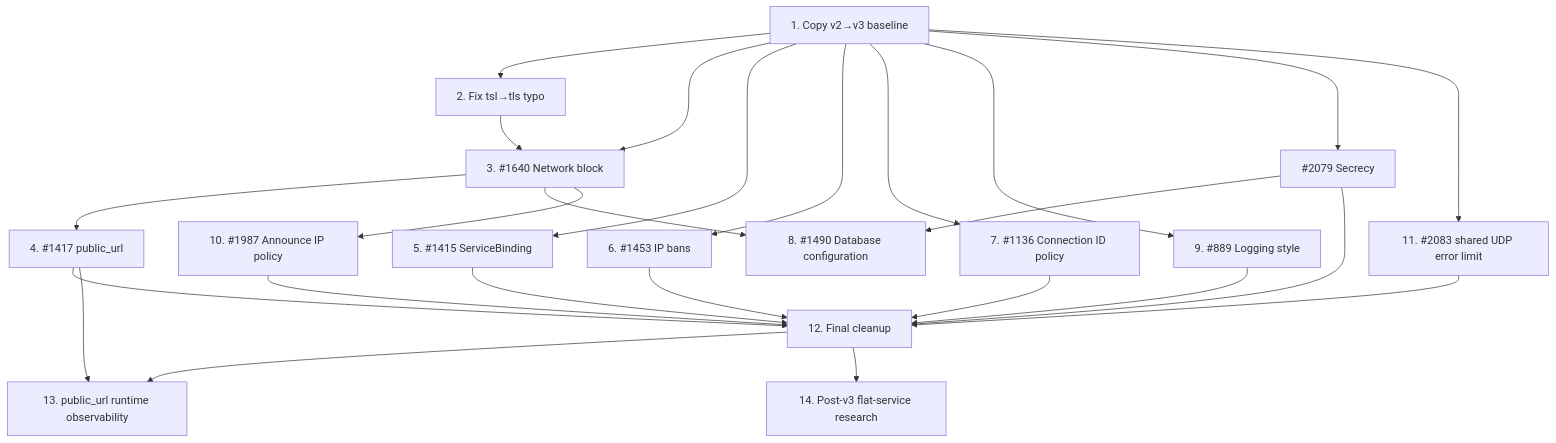
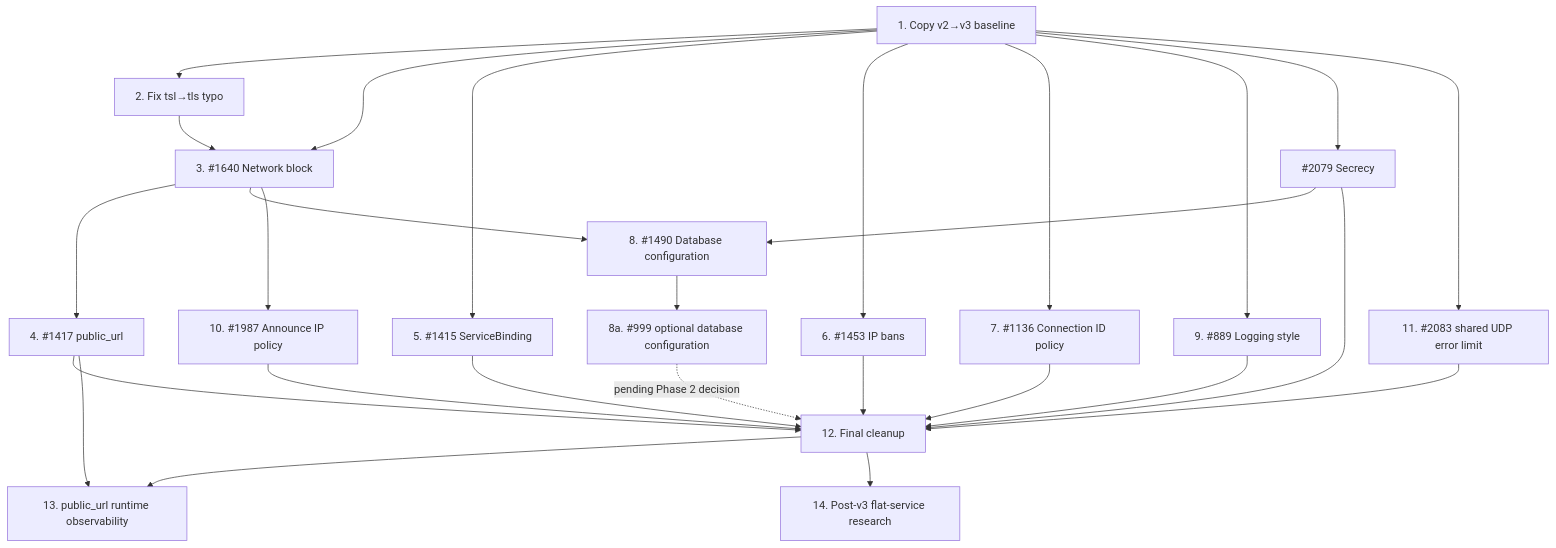
One commit to torrust/torrust-tracker changed the diagram in docs/issues/open/1978-configuration-overhaul-epic/EPIC.md. Above: the diagram before and after it, drawn with Mermaid. The commit also changed other lines of this file and 4 other files, not shown here.

Commit message:
docs(issues): add specification for optional database configuration

````diff
--- a/docs/issues/open/1978-configuration-overhaul-epic/EPIC.md
+++ b/docs/issues/open/1978-configuration-overhaul-epic/EPIC.md
@@ -120,27 +122,29 @@
 ```mermaid
 graph TD
     sub1["1. Copy v2→v3 baseline"] --> sub2["2. Fix tsl→tls typo"]
     sub1 --> sub3["3. #1640 Network block"]
     sub1 --> sub5["5. #1415 ServiceBinding"]
     sub1 --> sub6["6. #1453 IP bans"]
       sub1 --> sub7["7. #1136 Connection ID policy"]
       sub1 --> sub9["9. #889 Logging style"]
     sub2 --> sub3
     sub3 --> sub4["4. #1417 public_url"]
       sub1 --> secrecy["#2079 Secrecy"]
       sub3 --> sub8["8. #1490 Database configuration"]
       secrecy --> sub8
+      sub8 --> sub8a["8a. #999 optional database configuration"]
       sub3 --> sub10["10. #1987 Announce IP policy"]
       sub1 --> sub11["11. #2083 shared UDP error limit"]
       sub4 --> sub12["12. Final cleanup"]
       sub5 --> sub12
       sub6 --> sub12
       sub7 --> sub12
       secrecy --> sub12
       sub9 --> sub12
       sub10 --> sub12
       sub11 --> sub12
+      sub8a -. "pending Phase 2 decision" .-> sub12
       sub4 --> sub13["13. public_url runtime observability"]
       sub12 --> sub13
       sub12 --> sub14["14. Post-v3 flat-service research"]
 ```
````
